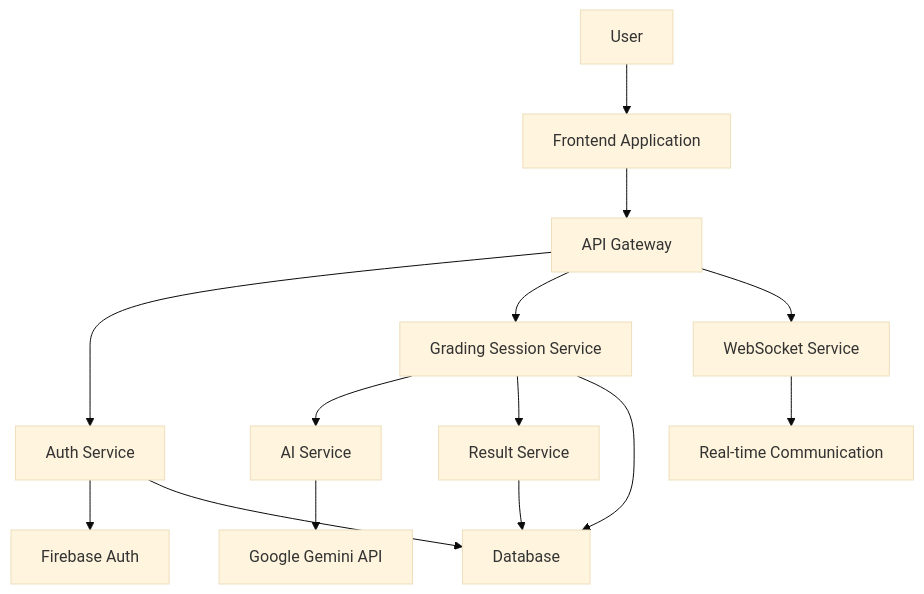
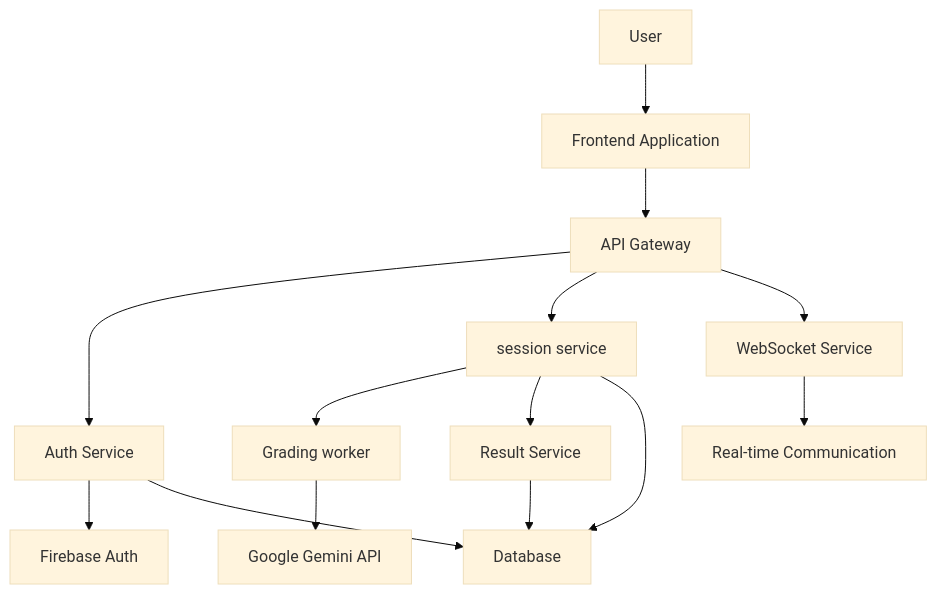
The diagram in README.md (prodiplan/Technical-writings), drawn with Mermaid (base theme) before and after one commit. The commit also changed other lines of this file and 1 other file, not shown here.

Commit message:
refactor: Update service names and improve API documentation clarity

````diff
--- a/README.md
+++ b/README.md
@@ -65,16 +65,16 @@
 ```mermaid
 graph TD
     A[User] --> B[Frontend Application]
     B --> C[API Gateway]
     C --> D[Auth Service]
-    C --> E[Grading Session Service]
+    C --> E[session service]
     C --> F[WebSocket Service]
-    E --> G[AI Service]
+    E --> G[Grading worker]
     G --> H[Google Gemini API]
     E --> I[Result Service]
     F --> J[Real-time Communication]
     I --> K[Database]
     E --> K
     D --> L[Firebase Auth]
     D --> K
 ```
````
